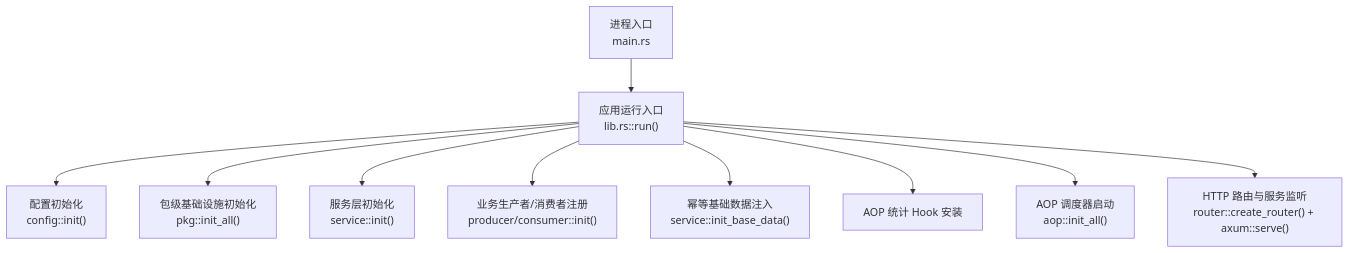
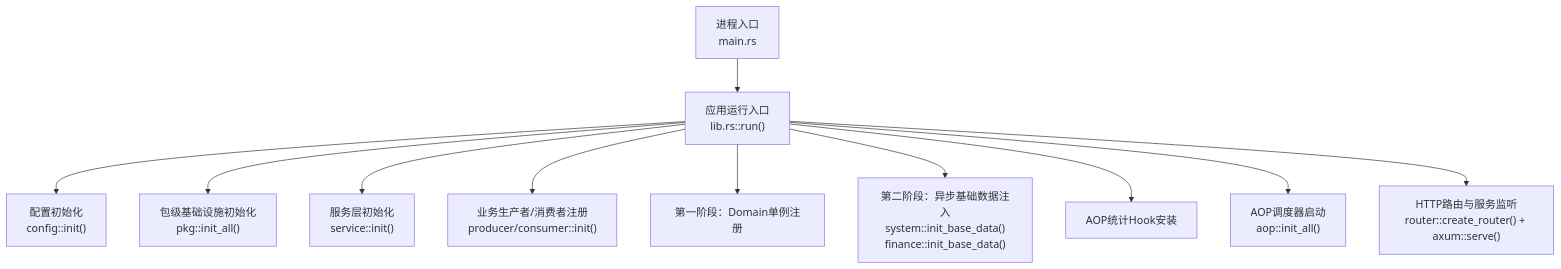
The first of 8 diagrams in .qoder/repowiki/zh/content/功能模块/用户与组织管理/系统初始化.md (runningcoders/ai_orz), drawn with Mermaid before and after one commit. The commit also changed other lines of this file and 142 other files, not shown here.

````diff
--- a/.qoder/repowiki/zh/content/功能模块/用户与组织管理/系统初始化.md
+++ b/.qoder/repowiki/zh/content/功能模块/用户与组织管理/系统初始化.md
@@ -42,12 +55,13 @@
 ```mermaid
 graph TB
 A["进程入口<br/>main.rs"] --> B["应用运行入口<br/>lib.rs::run()"]
 B --> C["配置初始化<br/>config::init()"]
 B --> D["包级基础设施初始化<br/>pkg::init_all()"]
 B --> E["服务层初始化<br/>service::init()"]
 B --> F["业务生产者/消费者注册<br/>producer/consumer::init()"]
-B --> G["幂等基础数据注入<br/>service::init_base_data()"]
-B --> H["AOP 统计 Hook 安装"]
-B --> I["AOP 调度器启动<br/>aop::init_all()"]
-B --> J["HTTP 路由与服务监听<br/>router::create_router() + axum::serve()"]
+B --> G["第一阶段：Domain单例注册"]
+B --> H["第二阶段：异步基础数据注入<br/>system::init_base_data()<br/>finance::init_base_data()"]
+B --> I["AOP统计Hook安装"]
+B --> J["AOP调度器启动<br/>aop::init_all()"]
+B --> K["HTTP路由与服务监听<br/>router::create_router() + axum::serve()"]
 ```
````
